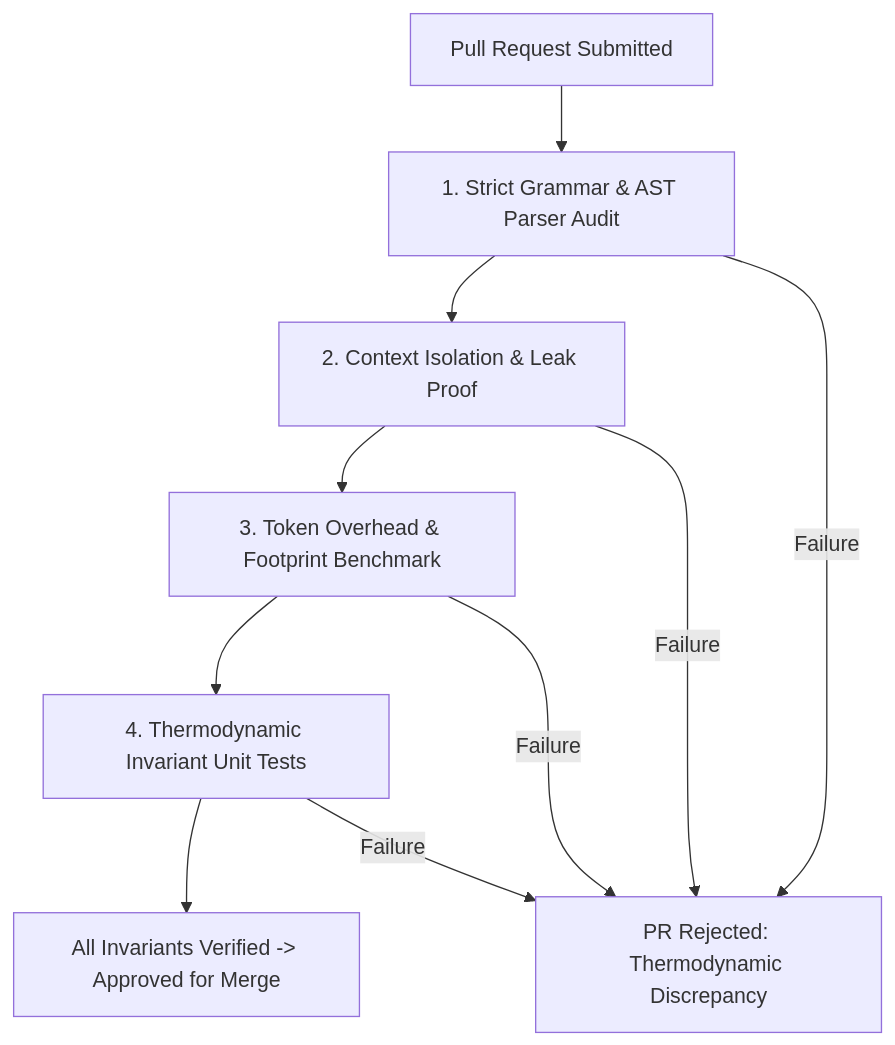
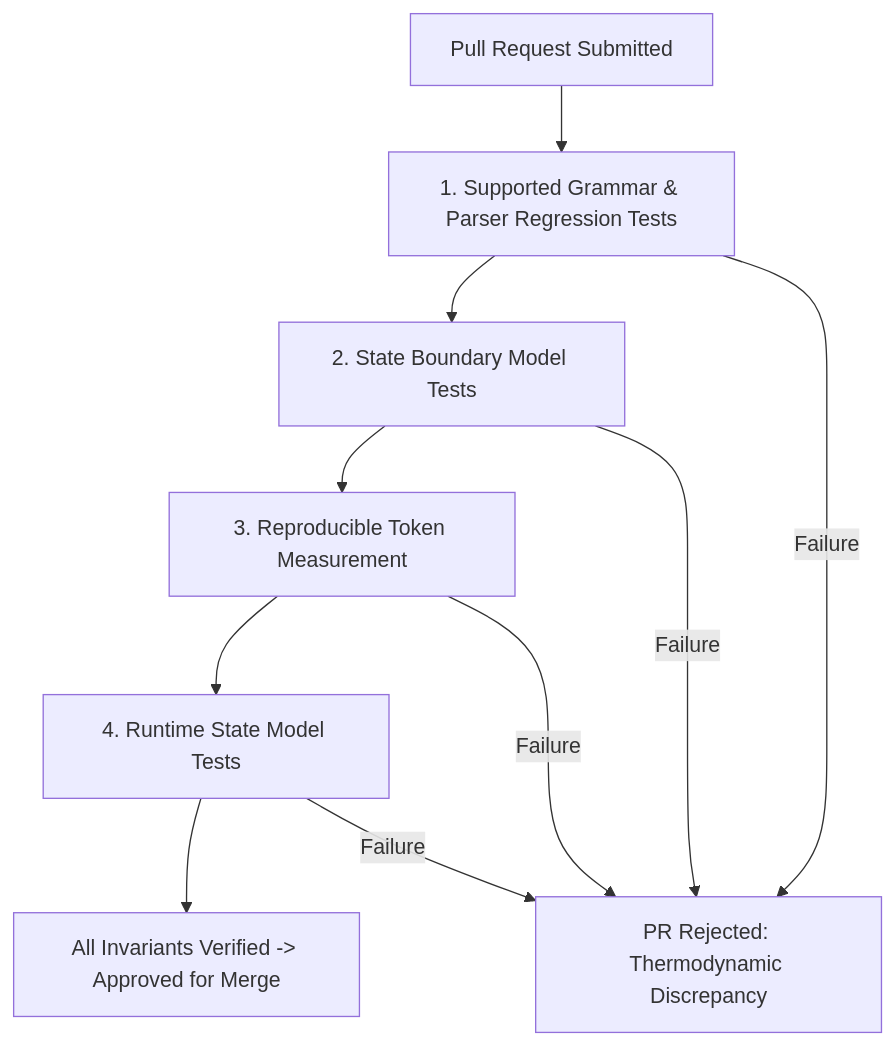
The diagram in CONTRIBUTING.md (SystemAdmin01/HumOS), drawn with Mermaid before and after one commit. The commit also changed other lines of this file, not shown here.

Commit message:
docs: align contribution rules with implemented runtime and tests

````diff
--- a/CONTRIBUTING.md
+++ b/CONTRIBUTING.md
@@ -50,13 +50,13 @@
 ```mermaid
 flowchart TD
-    PR[Pull Request Submitted] --> CHECK_SYNTAX[1. Strict Grammar & AST Parser Audit]
-    CHECK_SYNTAX --> CHECK_LEAK[2. Context Isolation & Leak Proof]
-    CHECK_LEAK --> CHECK_TOKEN[3. Token Overhead & Footprint Benchmark]
-    CHECK_TOKEN --> CHECK_INVARIANT[4. Thermodynamic Invariant Unit Tests]
+    PR[Pull Request Submitted] --> CHECK_SYNTAX[1. Supported Grammar & Parser Regression Tests]
+    CHECK_SYNTAX --> CHECK_LEAK[2. State Boundary Model Tests]
+    CHECK_LEAK --> CHECK_TOKEN[3. Reproducible Token Measurement]
+    CHECK_TOKEN --> CHECK_INVARIANT[4. Runtime State Model Tests]
     CHECK_INVARIANT --> PASS[All Invariants Verified -> Approved for Merge]
     
     CHECK_SYNTAX -- Failure --> REJECT[PR Rejected: Syntax Invariant Violation]
     CHECK_LEAK -- Failure --> REJECT[PR Rejected: Memory Leak / Context Bleed]
     CHECK_TOKEN -- Failure --> REJECT[PR Rejected: Token Budget Exceeded]
     CHECK_INVARIANT -- Failure --> REJECT[PR Rejected: Thermodynamic Discrepancy]
 ```
````
